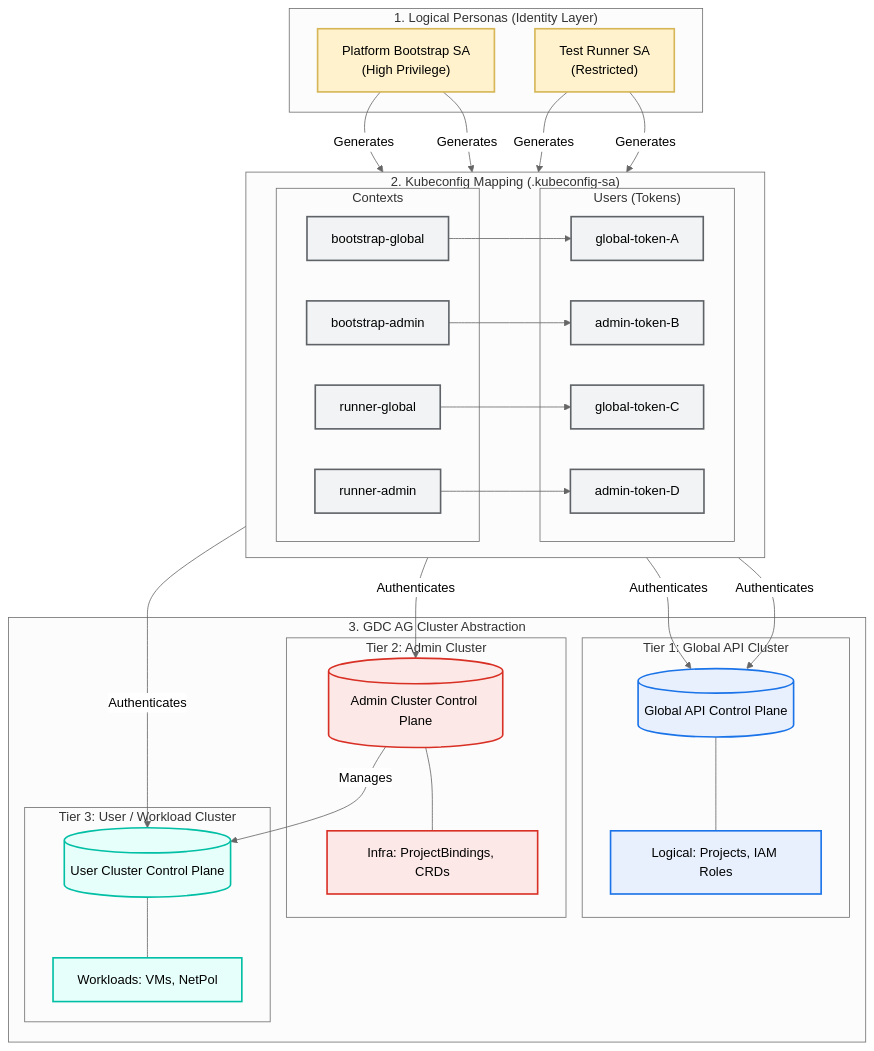
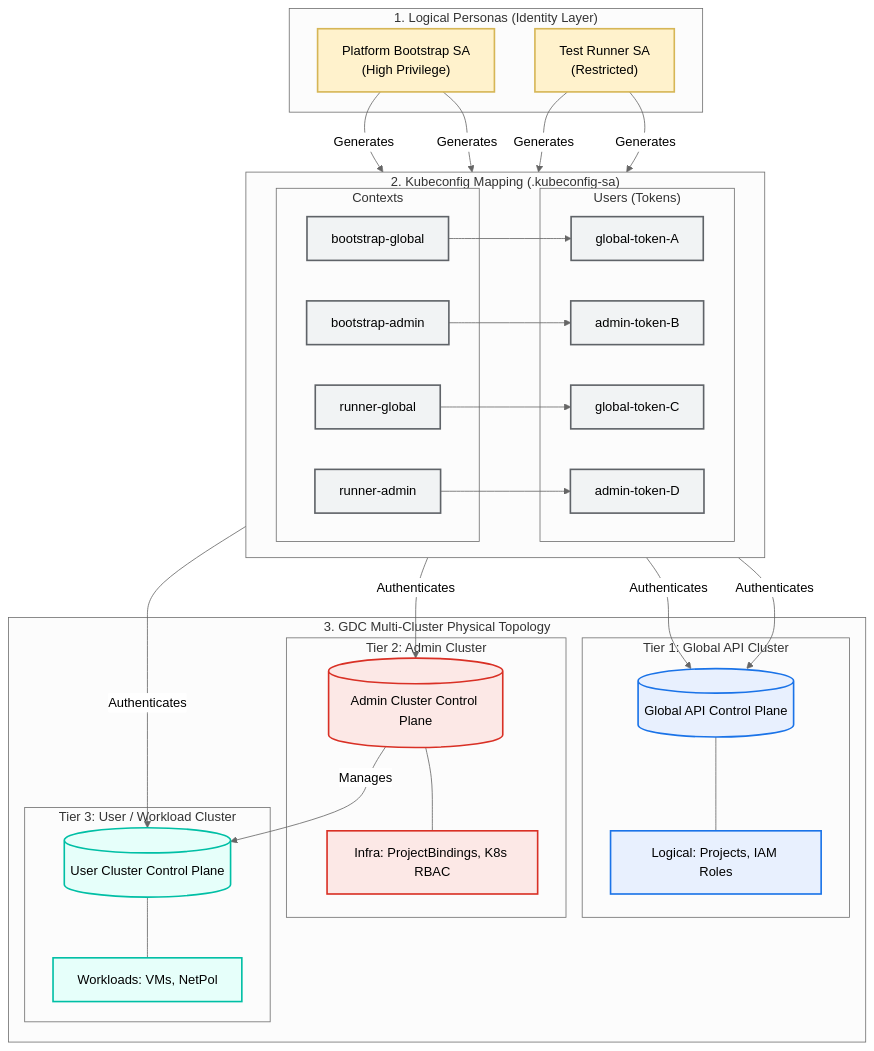
The second of 2 diagrams in examples/platform-test/001-AO-VM-CREATE/README.md (gdc-iac/gdc-iac-org), drawn with Mermaid (neutral theme) before and after one commit. The commit also changed other lines of this file and 10 other files, not shown here.

````diff
--- a/examples/platform-test/001-AO-VM-CREATE/README.md
+++ b/examples/platform-test/001-AO-VM-CREATE/README.md
@@ -48,71 +293,71 @@
 ```mermaid
 graph TD
     subgraph "1. Logical Personas (Identity Layer)"
         SA_B["Platform Bootstrap SA<br/>(High Privilege)"]
         SA_R["Test Runner SA<br/>(Restricted)"]
     end
 
     subgraph "2. Kubeconfig Mapping (.kubeconfig-sa)"
         direction LR
         subgraph "Contexts"
             C1["bootstrap-global"]
             C2["bootstrap-admin"]
             C3["runner-global"]
             C4["runner-admin"]
         end
         subgraph "Users (Tokens)"
             U1["global-token-A"]
             U2["admin-token-B"]
             U3["global-token-C"]
             U4["admin-token-D"]
         end
         C1 --> U1
         C2 --> U2
         C3 --> U3
         C4 --> U4
     end
 
     SA_B -->|Generates| U1
     SA_B -->|Generates| U2
     SA_R -->|Generates| U3
     SA_R -->|Generates| U4
 
-    subgraph "3. GDC AG Cluster Abstraction"
+    subgraph "3. GDC Multi-Cluster Physical Topology"
         subgraph "Tier 1: Global API Cluster"
             G_CP[("Global API Control Plane")]
             G_Res["Logical: Projects, IAM Roles"]
             G_CP --- G_Res
         end
 
         subgraph "Tier 2: Admin Cluster"
             A_CP[("Admin Cluster Control Plane")]
-            A_Res["Infra: ProjectBindings, CRDs"]
+            A_Res["Infra: ProjectBindings, K8s RBAC"]
             A_CP --- A_Res
         end
 
         subgraph "Tier 3: User / Workload Cluster"
             U_CP[("User Cluster Control Plane")]
             U_Res["Workloads: VMs, NetPol"]
             U_CP --- U_Res
         end
         
         A_CP -->|Manages| U_CP
     end
 
     U1 -->|Authenticates| G_CP
     U3 -->|Authenticates| G_CP
     U2 -->|Authenticates| A_CP
     U4 -->|Authenticates| U_CP
     
     classDef persona fill:#fff2cc,stroke:#d6b656,stroke-width:2px;
     classDef kube fill:#f1f3f4,stroke:#5f6368,stroke-width:2px;
     classDef global fill:#e8f0fe,stroke:#1a73e8,stroke-width:2px;
     classDef admin fill:#fce8e6,stroke:#d93025,stroke-width:2px;
     classDef user fill:#e6fffa,stroke:#00bfa5,stroke-width:2px;
 
     class SA_B,SA_R persona;
     class C1,C2,C3,C4,U1,U2,U3,U4 kube;
     class G_CP,G_Res global;
     class A_CP,A_Res admin;
     class U_CP,U_Res user;
 ```
````
